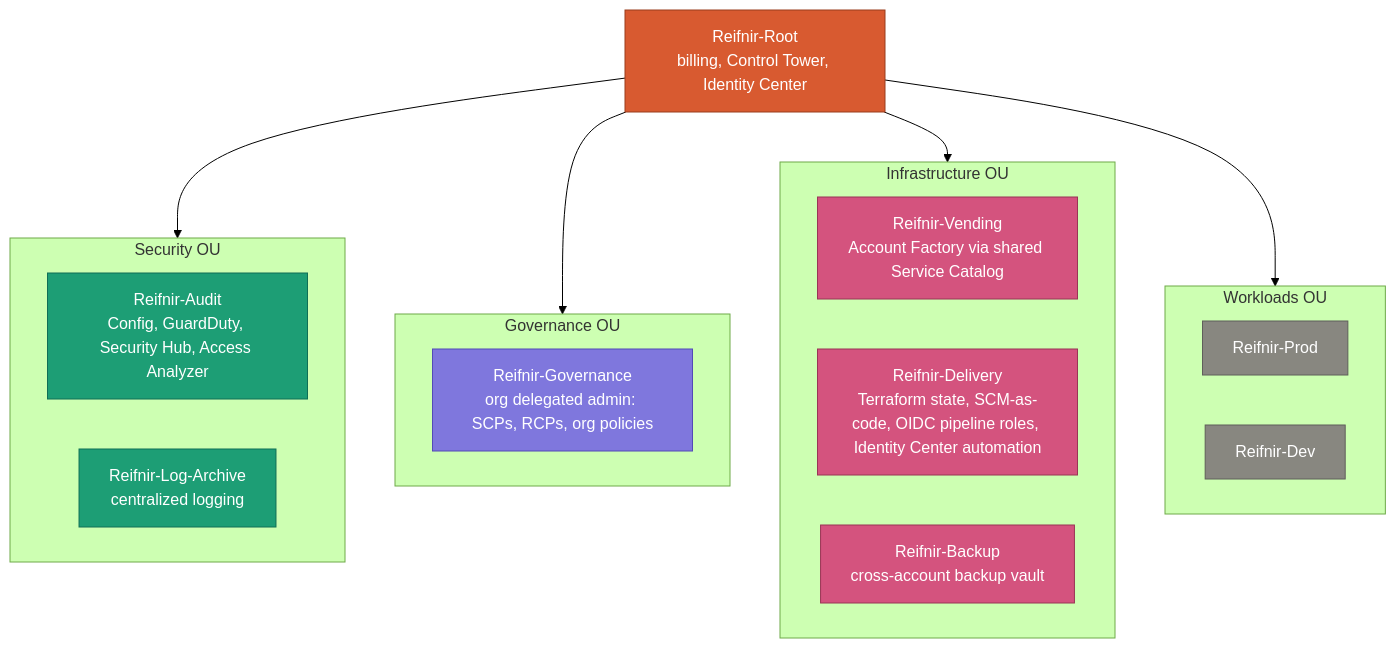
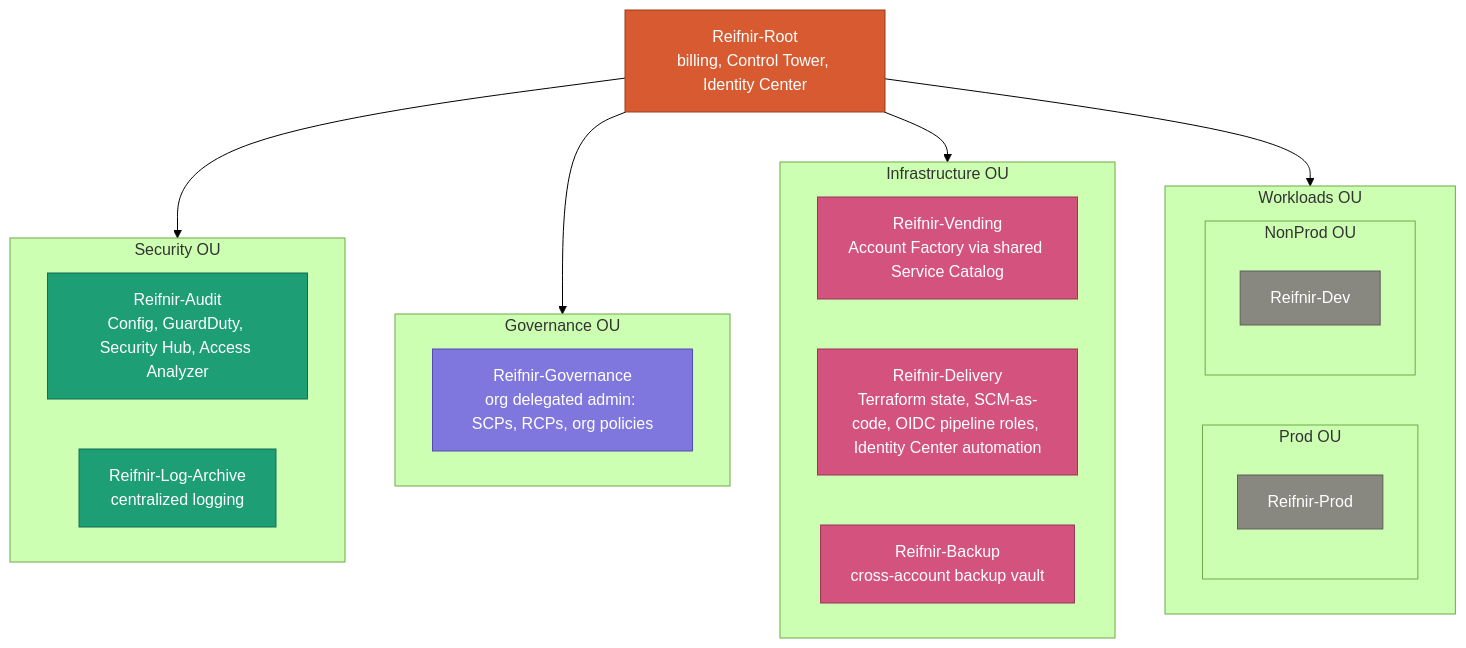
The diagram in README.md (reifnir/iac-aws-organization-org-build-out), drawn with Mermaid (forest theme) before and after one commit. The commit also changed other lines of this file, not shown here.

````diff
--- a/README.md
+++ b/README.md
@@ -23,41 +23,45 @@
 ```mermaid
 flowchart TD
     Root["Reifnir-Root<br/>billing, Control Tower, Identity Center"]
 
     subgraph SecOU["Security OU"]
         Audit["Reifnir-Audit<br/>Config, GuardDuty, Security Hub, Access Analyzer"]
         LogArchive["Reifnir-Log-Archive<br/>centralized logging"]
     end
 
     subgraph GovOU["Governance OU"]
         Governance["Reifnir-Governance<br/>org delegated admin: SCPs, RCPs, org policies"]
     end
 
     subgraph InfraOU["Infrastructure OU"]
         Vending["Reifnir-Vending<br/>Account Factory via shared Service Catalog"]
         Delivery["Reifnir-Delivery<br/>Terraform state, SCM-as-code, OIDC pipeline roles, Identity Center automation"]
         Backup["Reifnir-Backup<br/>cross-account backup vault"]
     end
 
     subgraph WorkOU["Workloads OU"]
-        Prod["Reifnir-Prod"]
-        Dev["Reifnir-Dev"]
+        subgraph ProdOU["Prod OU"]
+            Prod["Reifnir-Prod"]
+        end
+        subgraph NonProdOU["NonProd OU"]
+            Dev["Reifnir-Dev"]
+        end
     end
 
     Root --> SecOU
     Root --> GovOU
     Root --> InfraOU
     Root --> WorkOU
 
     classDef mgmt fill:#D85A30,stroke:#993C1D,color:#ffffff
     classDef detective fill:#1D9E75,stroke:#0F6E56,color:#ffffff
     classDef policy fill:#7F77DD,stroke:#534AB7,color:#ffffff
     classDef infra fill:#D4537E,stroke:#993556,color:#ffffff
     classDef workload fill:#888780,stroke:#5F5E5A,color:#ffffff
 
     class Root mgmt
     class Audit,LogArchive detective
     class Governance policy
     class Vending,Delivery,Backup infra
     class Prod,Dev workload
 ```
````
